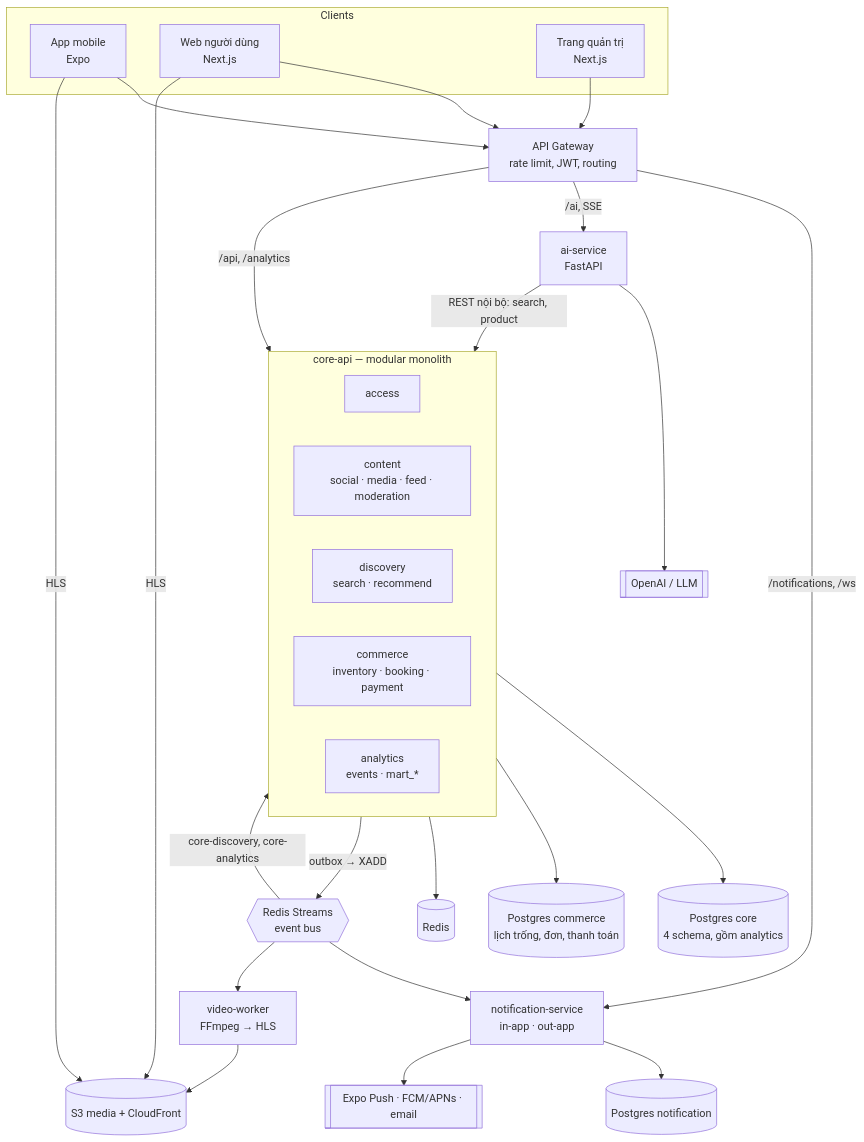
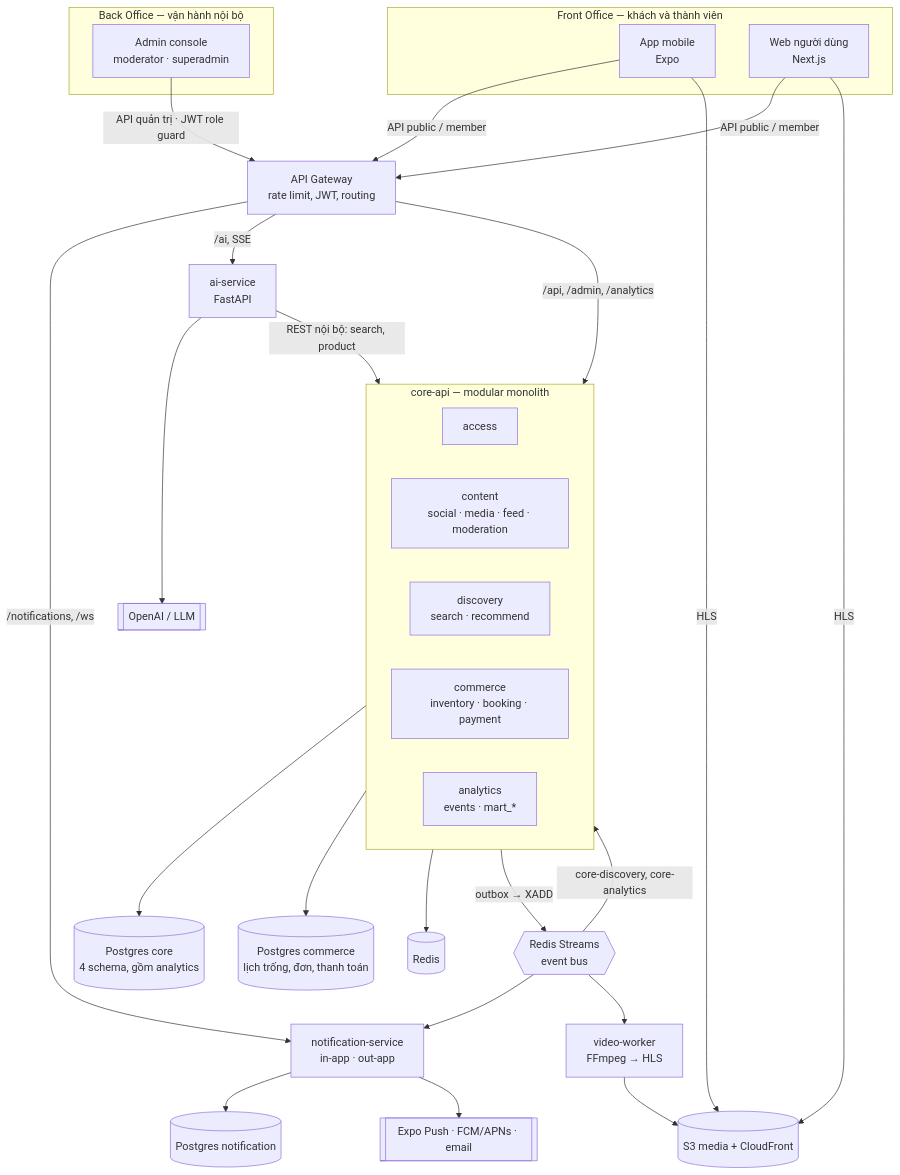
Before and after one commit to Sukemcute/tripflix-ai: the first of 2 diagrams in docs/architecture/10-de-xuat-kien-truc-va-repo.md, drawn with Mermaid. The commit also changed other lines of this file and 7 other files, not shown here.

First line of the commit message:
docs(repo): tách rõ Front Office và Back Office (TF57)

````diff
--- a/docs/architecture/10-de-xuat-kien-truc-va-repo.md
+++ b/docs/architecture/10-de-xuat-kien-truc-va-repo.md
@@ -67,47 +67,50 @@
 ```mermaid
 flowchart TB
-  subgraph Clients
+  subgraph FO["Front Office — khách và thành viên"]
     APP[App mobile<br/>Expo]
     WEB[Web người dùng<br/>Next.js]
-    ADM[Trang quản trị<br/>Next.js]
+  end
+  subgraph BO["Back Office — vận hành nội bộ"]
+    ADM[Admin console<br/>moderator · superadmin]
   end
 
   GW[API Gateway<br/>rate limit, JWT, routing]
 
   subgraph Core["core-api — modular monolith"]
     M1[access]
     M2[content<br/>social · media · feed · moderation]
     M3[discovery<br/>search · recommend]
     M4[commerce<br/>inventory · booking · payment]
     M5[analytics<br/>events · mart_*]
   end
 
   NS[notification-service<br/>in-app · out-app]
   AI[ai-service<br/>FastAPI]
   VW[video-worker<br/>FFmpeg → HLS]
 
   PG1[(Postgres core<br/>4 schema, gồm analytics)]
   PGC[(Postgres commerce<br/>lịch trống, đơn, thanh toán)]
   PG2[(Postgres notification)]
   RD[(Redis)]
   MQ{{Redis Streams<br/>event bus}}
   S3[(S3 media + CloudFront)]
   PUSH[[Expo Push · FCM/APNs · email]]
   LLM[[OpenAI / LLM]]
 
-  APP & WEB & ADM --> GW
-  GW -->|/api, /analytics| Core
+  APP & WEB -->|API public / member| GW
+  ADM -->|API quản trị · JWT role guard| GW
+  GW -->|/api, /admin, /analytics| Core
   GW -->|/notifications, /ws| NS
   GW -->|/ai, SSE| AI
 
   Core --> PG1 & PGC & RD
   Core -->|outbox → XADD| MQ
   MQ --> NS & VW
   MQ -->|core-discovery, core-analytics| Core
   NS --> PG2
   NS --> PUSH
   AI -->|REST nội bộ: search, product| Core
   AI --> LLM
   VW --> S3
   APP & WEB -->|HLS| S3
 ```
````
